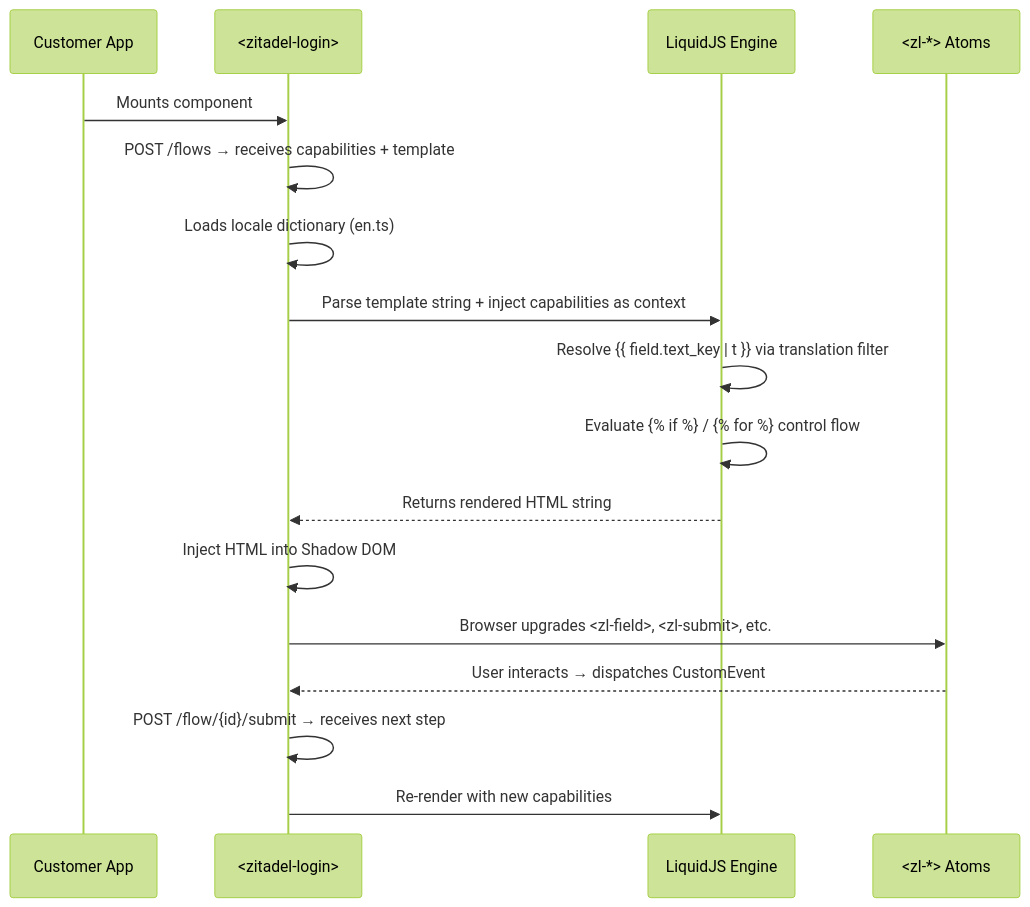
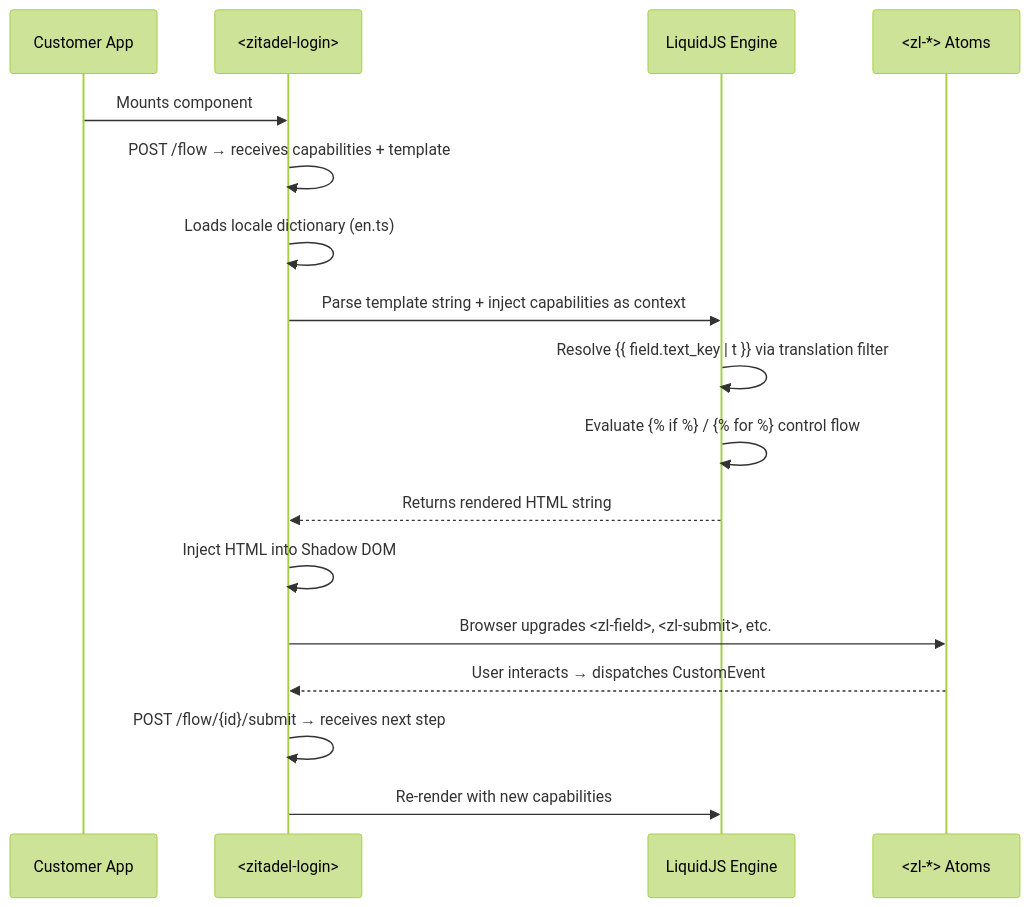
The second of 10 diagrams in docs/design/flowengine/flow-engine-guide.md (zitadel/nextgen), drawn with Mermaid (forest theme) before and after one commit. The commit also changed other lines of this file and 10 other files, not shown here.

Commit message:
docs: fix flow handles, wire shapes, list-envelope exceptions, and stale anchors from review

````diff
--- a/docs/design/flowengine/flow-engine-guide.md
+++ b/docs/design/flowengine/flow-engine-guide.md
@@ -93,20 +94,20 @@
 ```mermaid
 sequenceDiagram
     participant App as Customer App
     participant ZL as <zitadel-login>
     participant Liquid as LiquidJS Engine
     participant Atoms as <zl-*> Atoms
 
     App->>ZL: Mounts component
-    ZL->>ZL: POST /flows → receives capabilities + template
+    ZL->>ZL: POST /flow → receives capabilities + template
     ZL->>ZL: Loads locale dictionary (en.ts)
     ZL->>Liquid: Parse template string + inject capabilities as context
     Liquid->>Liquid: Resolve {{ field.text_key | t }} via translation filter
     Liquid->>Liquid: Evaluate {% if %} / {% for %} control flow
     Liquid-->>ZL: Returns rendered HTML string
     ZL->>ZL: Inject HTML into Shadow DOM
     ZL->>Atoms: Browser upgrades <zl-field>, <zl-submit>, etc.
     Atoms-->>ZL: User interacts → dispatches CustomEvent
     ZL->>ZL: POST /flow/{id}/submit → receives next step
     ZL->>Liquid: Re-render with new capabilities
 ```
````
